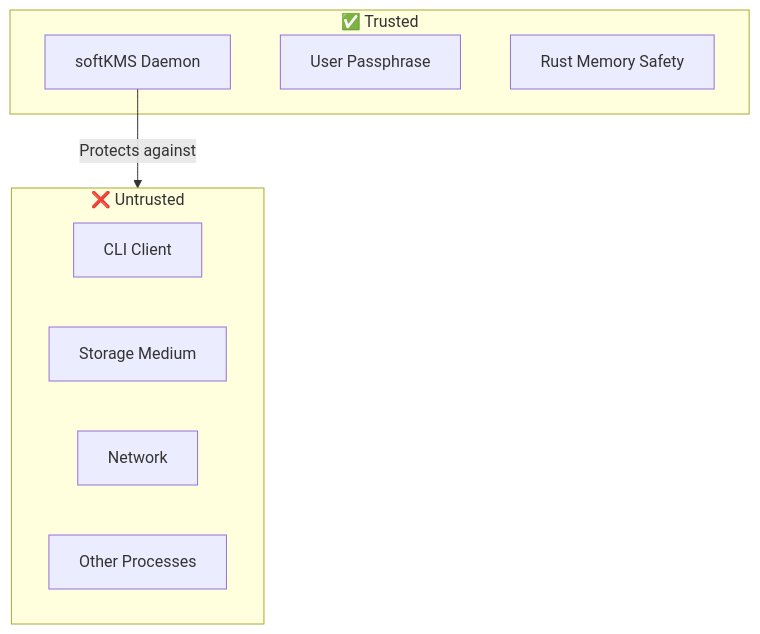
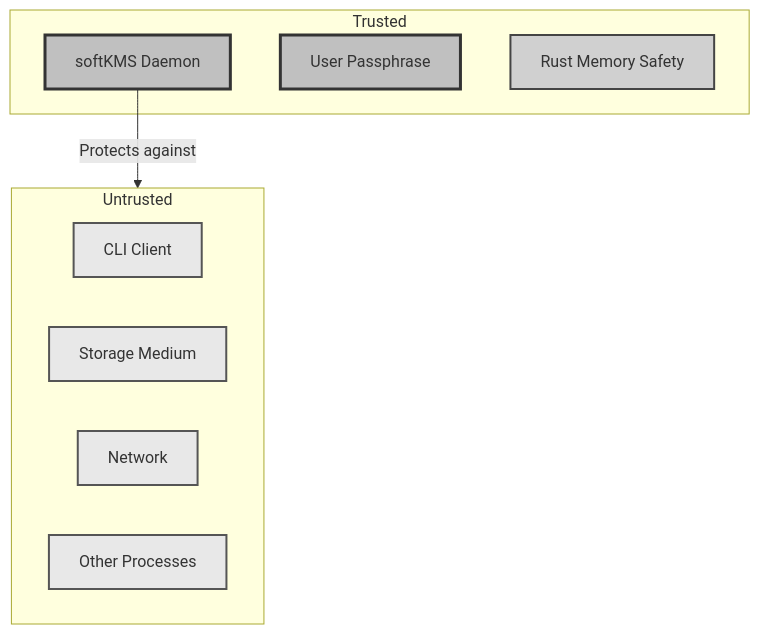
One commit to ehanoc/softKMS changed the ninth of 10 diagrams in docs/SECURITY_MODEL.md. Above: the diagram before and after it, drawn with Mermaid. The commit also changed other lines of this file and 3 other files, not shown here.

First line of the commit message:
docs: Standardize all Mermaid diagrams with muted grayscale colors

````diff
--- a/docs/SECURITY_MODEL.md
+++ b/docs/SECURITY_MODEL.md
@@ -366,17 +380,25 @@
 ```mermaid
 flowchart TB
-    subgraph Trusted["✅ Trusted"]
+    subgraph Trusted["Trusted"]
         T1[softKMS Daemon]
         T2[User Passphrase]
         T3[Rust Memory Safety]
     end
     
-    subgraph Untrusted["❌ Untrusted"]
+    subgraph Untrusted["Untrusted"]
         U1[CLI Client]
         U2[Storage Medium]
         U3[Network]
         U4[Other Processes]
     end
     
     T1 -->|"Protects against"| Untrusted
+    
+    style T1 fill:#c0c0c0,stroke:#333,stroke-width:3px
+    style T2 fill:#c0c0c0,stroke:#333,stroke-width:3px
+    style T3 fill:#d0d0d0,stroke:#444,stroke-width:2px
+    style U1 fill:#e8e8e8,stroke:#555,stroke-width:2px
+    style U2 fill:#e8e8e8,stroke:#555,stroke-width:2px
+    style U3 fill:#e8e8e8,stroke:#555,stroke-width:2px
+    style U4 fill:#e8e8e8,stroke:#555,stroke-width:2px
 ```
````
